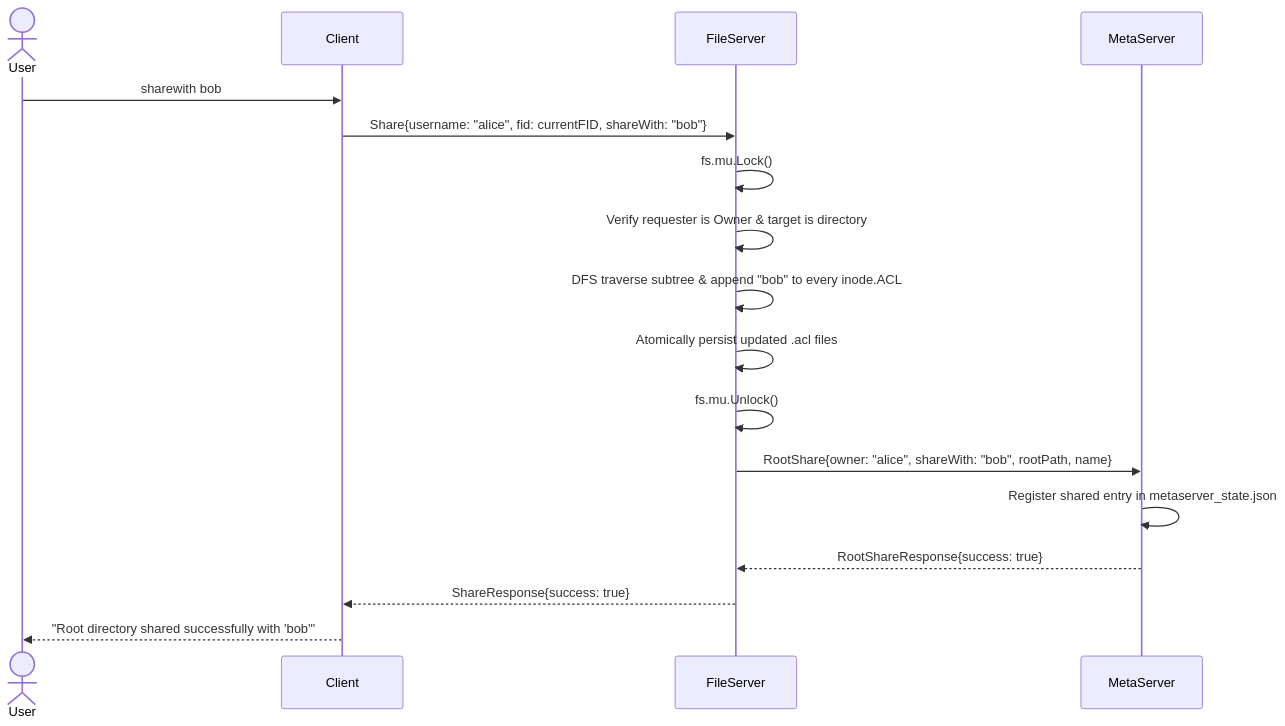
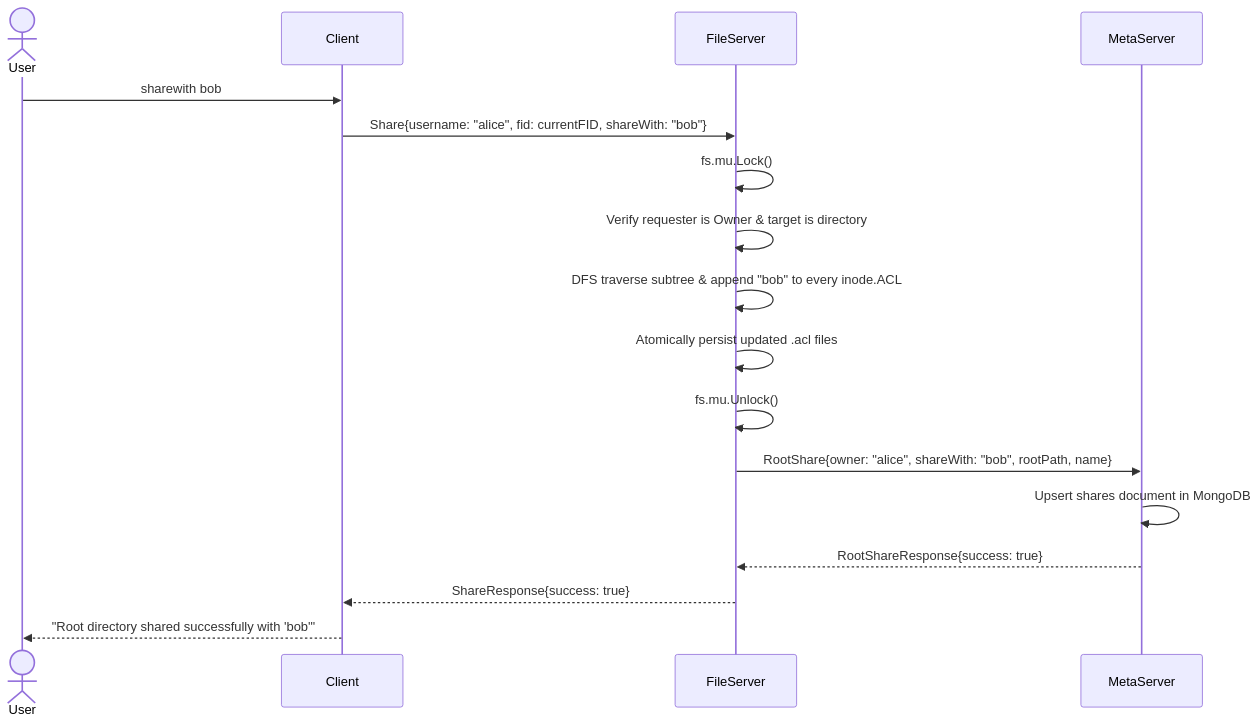
The seventh of 8 diagrams in docs/architecture.md (DVFS-IIT-Gandhinagar/Distributed-Virtual-File-System), drawn with Mermaid before and after one commit. The commit also changed other lines of this file and 15 other files, not shown here.

````diff
--- a/docs/architecture.md
+++ b/docs/architecture.md
@@ -312,20 +313,20 @@
 ```mermaid
 sequenceDiagram
     actor User
     participant CL as Client
     participant FS as FileServer
     participant MS as MetaServer
 
     User->>CL: sharewith bob
     CL->>FS: Share{username: "alice", fid: currentFID, shareWith: "bob"}
     FS->>FS: fs.mu.Lock()
     FS->>FS: Verify requester is Owner & target is directory
     FS->>FS: DFS traverse subtree & append "bob" to every inode.ACL
     FS->>FS: Atomically persist updated .acl files
     FS->>FS: fs.mu.Unlock()
     FS->>MS: RootShare{owner: "alice", shareWith: "bob", rootPath, name}
-    MS->>MS: Register shared entry in metaserver_state.json
+    MS->>MS: Upsert shares document in MongoDB
     MS-->>FS: RootShareResponse{success: true}
     FS-->>CL: ShareResponse{success: true}
     CL-->>User: "Root directory shared successfully with 'bob'"
 ```
````
